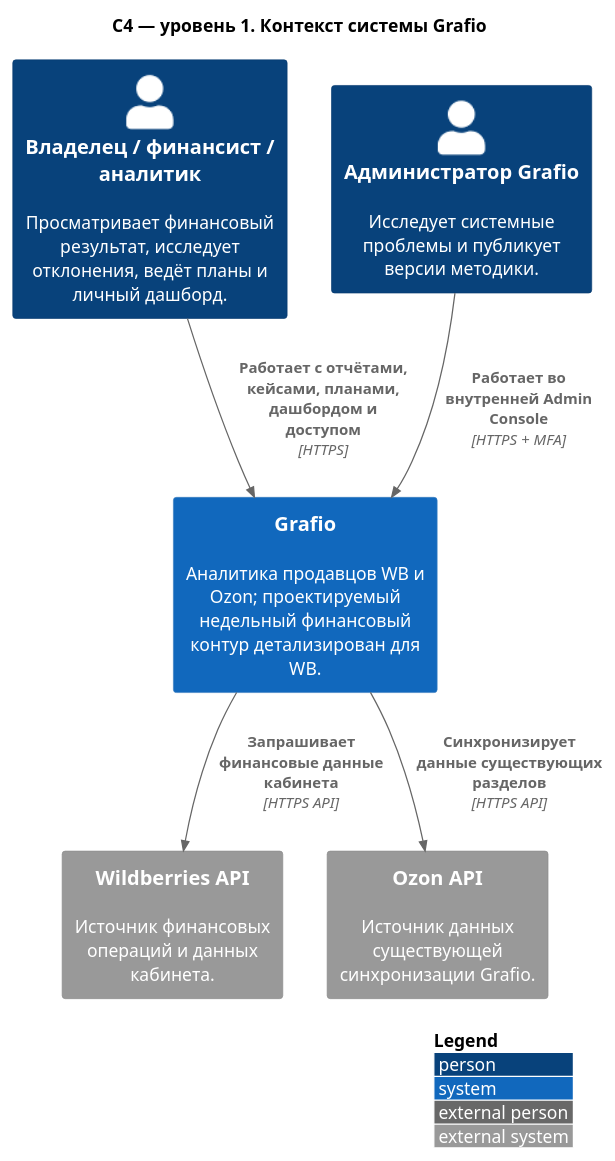
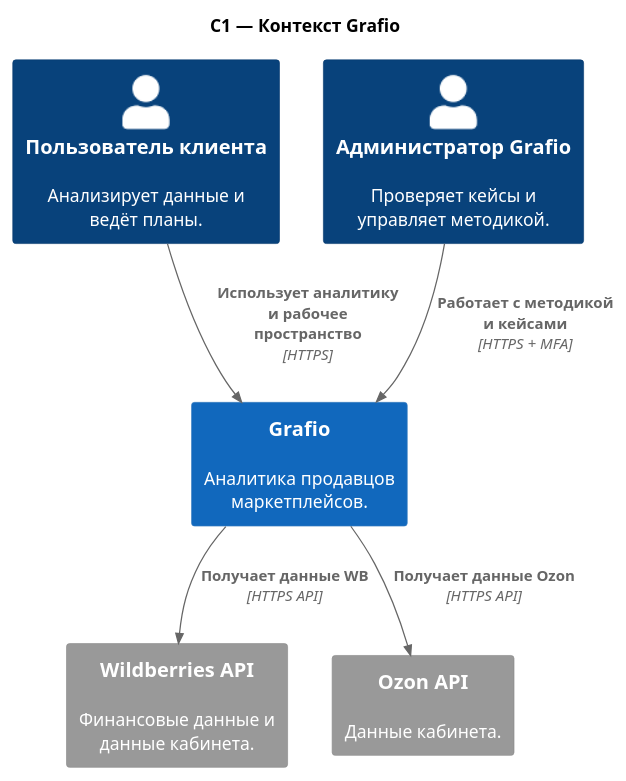
Before and after one commit to onlyuncia/grafio-product-docs: the diagram in docs/architecture/c4/01-system-context.puml, drawn with PlantUML. The commit also changed 152 other files, not shown here.

```diff
--- a/docs/architecture/c4/01-system-context.puml
+++ b/docs/architecture/c4/01-system-context.puml
@@ -1,18 +1,18 @@
 @startuml
-!includeurl https://raw.githubusercontent.com/plantuml-stdlib/C4-PlantUML/master/C4_Context.puml
+!include <C4/C4_Context>
 
-LAYOUT_WITH_LEGEND()
-title C4 — уровень 1. Контекст системы Grafio
+HIDE_STEREOTYPE()
+title C1 — Контекст Grafio
 
-Person(client, "Владелец / финансист / аналитик", "Просматривает финансовый результат, исследует отклонения, ведёт планы и личный дашборд.")
-Person(admin, "Администратор Grafio", "Исследует системные проблемы и публикует версии методики.")
-System(grafio, "Grafio", "Аналитика продавцов WB и Ozon; проектируемый недельный финансовый контур детализирован для WB.")
-System_Ext(wb, "Wildberries API", "Источник финансовых операций и данных кабинета.")
-System_Ext(ozon, "Ozon API", "Источник данных существующей синхронизации Grafio.")
+Person(client, "Пользователь клиента", "Анализирует данные и ведёт планы.")
+Person(admin, "Администратор Grafio", "Проверяет кейсы и управляет методикой.")
+System(grafio, "Grafio", "Аналитика продавцов маркетплейсов.")
+System_Ext(wb, "Wildberries API", "Финансовые данные и данные кабинета.")
+System_Ext(ozon, "Ozon API", "Данные кабинета.")
 
-Rel(client, grafio, "Работает с отчётами, кейсами, планами, дашбордом и доступом", "HTTPS")
-Rel(admin, grafio, "Работает во внутренней Admin Console", "HTTPS + MFA")
-Rel(grafio, wb, "Запрашивает финансовые данные кабинета", "HTTPS API")
-Rel(grafio, ozon, "Синхронизирует данные существующих разделов", "HTTPS API")
+Rel(client, grafio, "Использует аналитику и рабочее пространство", "HTTPS")
+Rel(admin, grafio, "Работает с методикой и кейсами", "HTTPS + MFA")
+Rel(grafio, wb, "Получает данные WB", "HTTPS API")
+Rel(grafio, ozon, "Получает данные Ozon", "HTTPS API")
 
 @enduml
```
